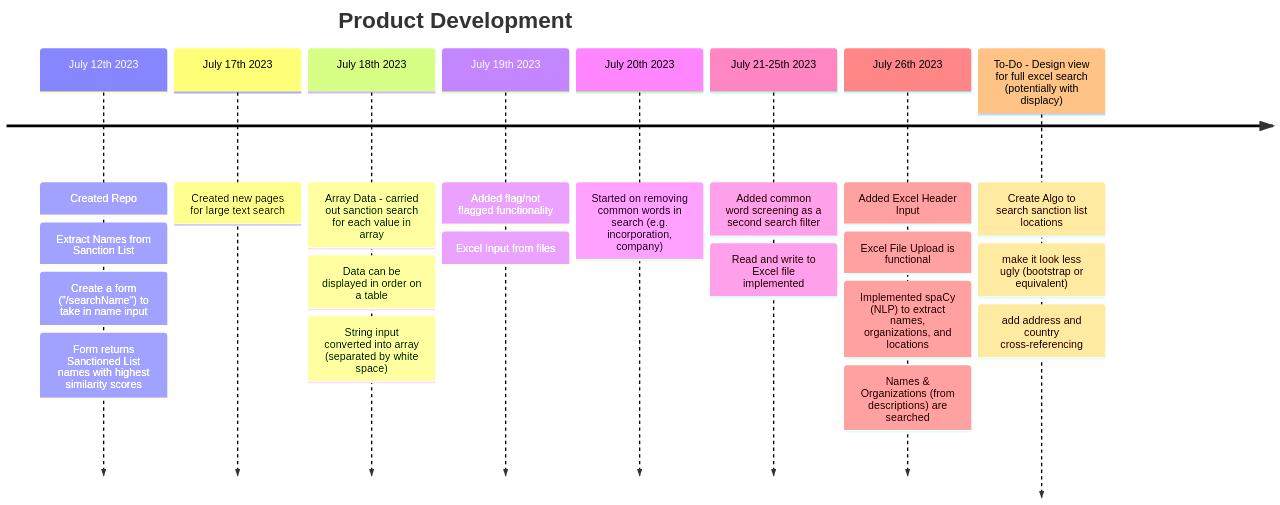
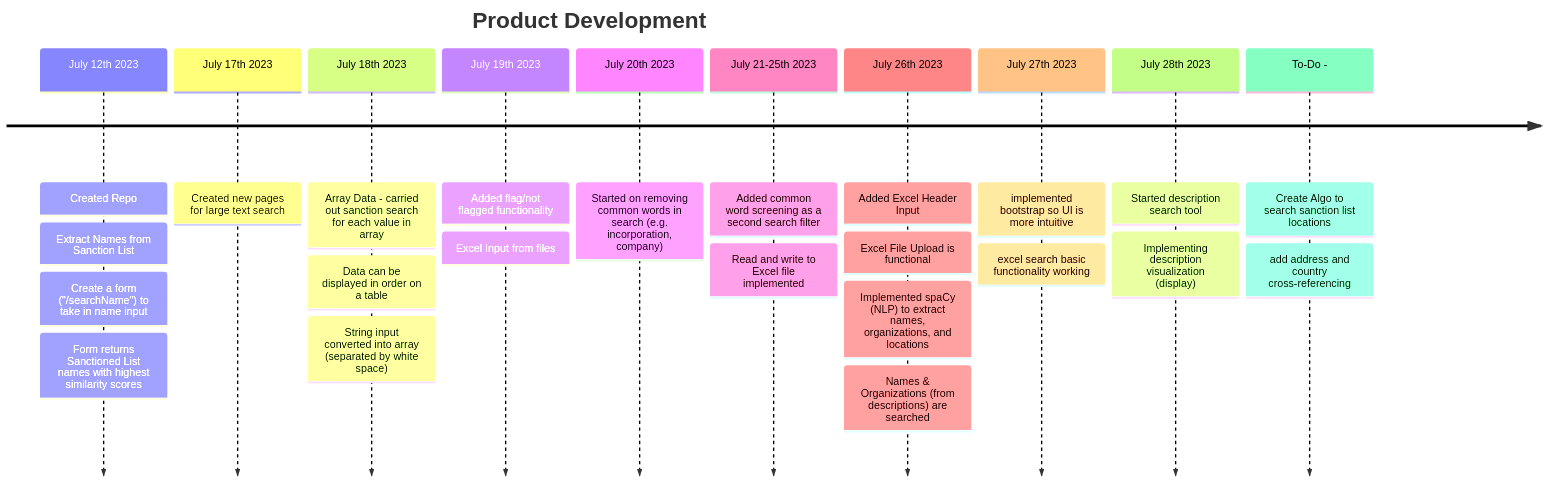
One commit to james-csy/sanctionlistchecker changed the diagram in README.md. Above: the diagram before and after it, drawn with Mermaid.

````diff
--- a/README.md
+++ b/README.md
@@ -6,12 +6,14 @@
 ```mermaid
 timeline
     title Product Development
     July 12th 2023: Created Repo: Extract Names from Sanction List: Create a form ("/searchName") to take in name input: Form returns Sanctioned List names with highest similarity scores
     July 17th 2023: Created new pages for large text search
     July 18th 2023: Array Data - carried out sanction search for each value in array: Data can be displayed in order on a table: String input converted into array (separated by white space)
     July 19th 2023: Added flag/not flagged functionality: Excel Input from files
     July 20th 2023: Started on removing common words in search (e.g. incorporation, company)
     July 21-25th 2023: Added common word screening as a second search filter: Read and write to Excel file implemented
     July 26th 2023: Added Excel Header Input: Excel File Upload is functional: Implemented spaCy (NLP) to extract names, organizations, and locations: Names & Organizations (from descriptions) are searched
-    To-Do - Design view for full excel search (potentially with displacy): Create Algo to search sanction list locations: make it look less ugly (bootstrap or equivalent): add address and country cross-referencing
+    July 27th 2023: implemented bootstrap so UI is more intuitive: excel search basic functionality working
+    July 28th 2023: Started description search tool: Implementing description visualization (display)
+    To-Do - : Create Algo to search sanction list locations: add address and country cross-referencing
 ```
````
